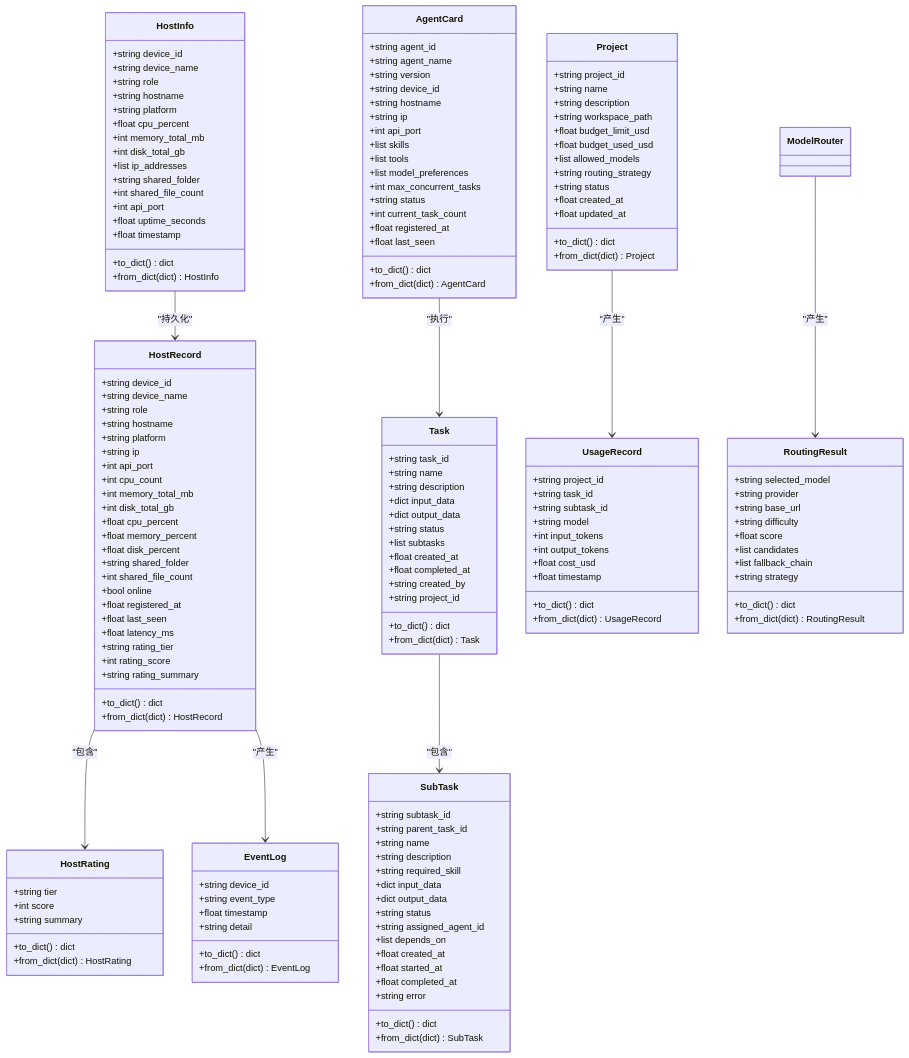
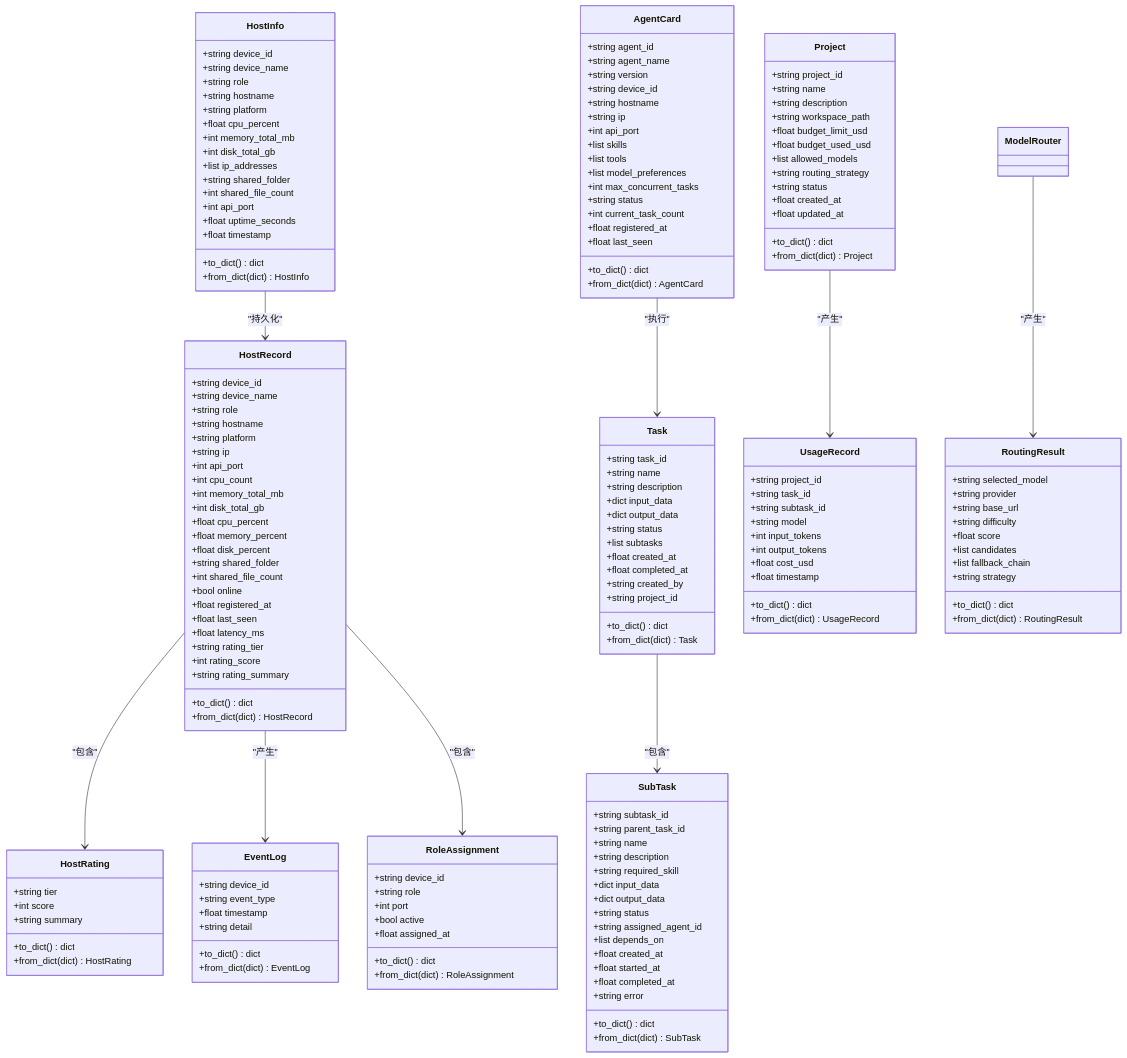
One commit to targalian/Personal-distributed-workstation changed the third of 5 diagrams in .qoder/repowiki/zh/content/Web API 接口/Web API 接口.md. Above: the diagram before and after it, drawn with Mermaid. The commit also changed other lines of this file and 69 other files, not shown here.

````diff
--- a/.qoder/repowiki/zh/content/Web API 接口/Web API 接口.md
+++ b/.qoder/repowiki/zh/content/Web API 接口/Web API 接口.md
@@ -710,6 +944,15 @@
 +to_dict() dict
 +from_dict(dict) EventLog
 }
+class RoleAssignment {
++string device_id
++string role
++int port
++bool active
++float assigned_at
++to_dict() dict
++from_dict(dict) RoleAssignment
+}
 HostInfo --> HostRecord : "持久化"
 HostRecord --> HostRating : "包含"
 AgentCard --> Task : "执行"
@@ -717,4 +960,5 @@
 Project --> UsageRecord : "产生"
 ModelRouter --> RoutingResult : "产生"
 HostRecord --> EventLog : "产生"
+HostRecord --> RoleAssignment : "包含"
 ```
````
